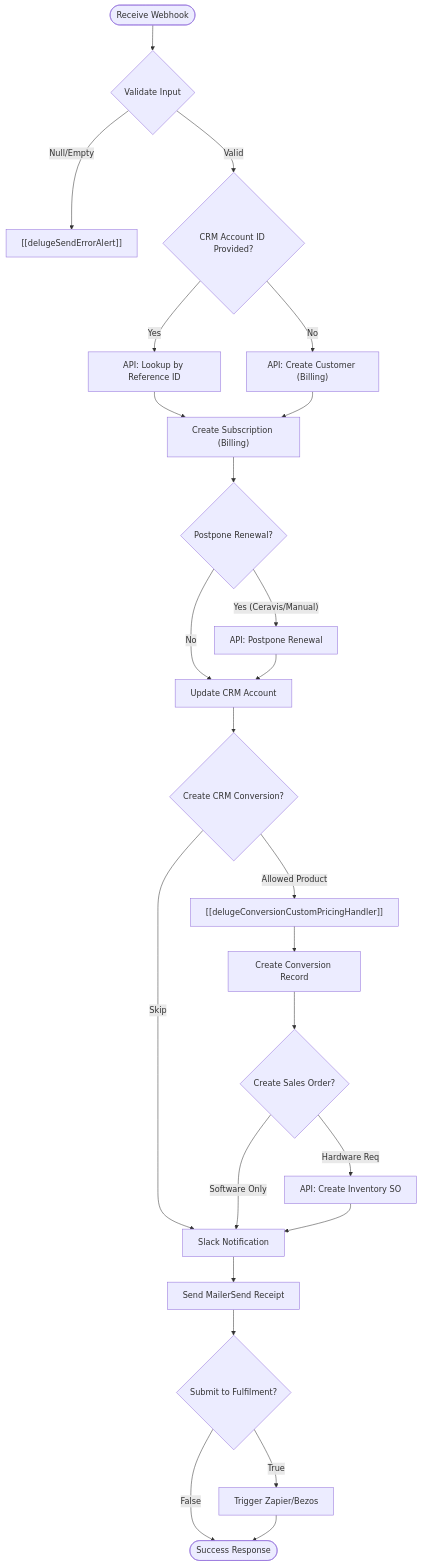
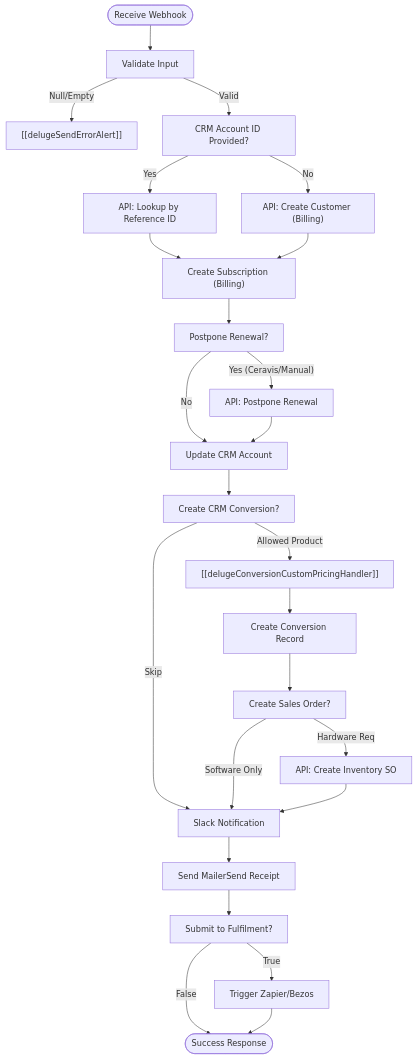
Before and after one commit to martinkp93/zoho-scripts: the diagram in Acquisition and Onboarding/Order Ingestion/Subscription Handler/delugeSubscriptionHandler.md, drawn with Mermaid. The commit also changed other lines of this file, not shown here.

Commit message:
Update delugeSubscriptionHandler.md docs via DeluluDocu

````diff
--- a/Acquisition and Onboarding/Order Ingestion/Subscription Handler/delugeSubscriptionHandler.md
+++ b/Acquisition and Onboarding/Order Ingestion/Subscription Handler/delugeSubscriptionHandler.md
@@ -41,33 +41,33 @@
 ```mermaid
 graph TD
-    Start(["Receive Webhook"]) --> Val{"Validate Input"}
+    Start(["Receive Webhook"]) --> Val["Validate Input"]
     Val -- "Null/Empty" --> ErrAlert["[[delugeSendErrorAlert]]"]
-    Val -- "Valid" --> CheckCRM{"CRM Account ID Provided?"}
+    Val -- "Valid" --> CheckCRM["CRM Account ID Provided?"]
     
     CheckCRM -- "Yes" --> RefLookup["API: Lookup by Reference ID"]
     CheckCRM -- "No" --> CreateCust["API: Create Customer (Billing)"]
     
     RefLookup --> SubCreate["Create Subscription (Billing)"]
     CreateCust --> SubCreate
     
-    SubCreate --> Postpone{"Postpone Renewal?"}
+    SubCreate --> Postpone["Postpone Renewal?"]
     Postpone -- "Yes (Ceravis/Manual)" --> APIPostpone["API: Postpone Renewal"]
     Postpone -- "No" --> CRMUpdate["Update CRM Account"]
     APIPostpone --> CRMUpdate
     
-    CRMUpdate --> Conv{"Create CRM Conversion?"}
+    CRMUpdate --> Conv["Create CRM Conversion?"]
     Conv -- "Allowed Product" --> Pricing["[[delugeConversionCustomPricingHandler]]"]
     Pricing --> ConvCreate["Create Conversion Record"]
     Conv -- "Skip" --> SlackNotify["Slack Notification"]
-    ConvCreate --> SOCreate{"Create Sales Order?"}
+    ConvCreate --> SOCreate["Create Sales Order?"]
     
     SOCreate -- "Hardware Req" --> SOInv["API: Create Inventory SO"]
     SOCreate -- "Software Only" --> SlackNotify
     SOInv --> SlackNotify
     
     SlackNotify --> Email["Send MailerSend Receipt"]
-    Email --> Fulfil{"Submit to Fulfilment?"}
+    Email --> Fulfil["Submit to Fulfilment?"]
     Fulfil -- "True" --> Zapier["Trigger Zapier/Bezos"]
     Fulfil -- "False" --> End(["Success Response"])
     Zapier --> End
 ```
````
